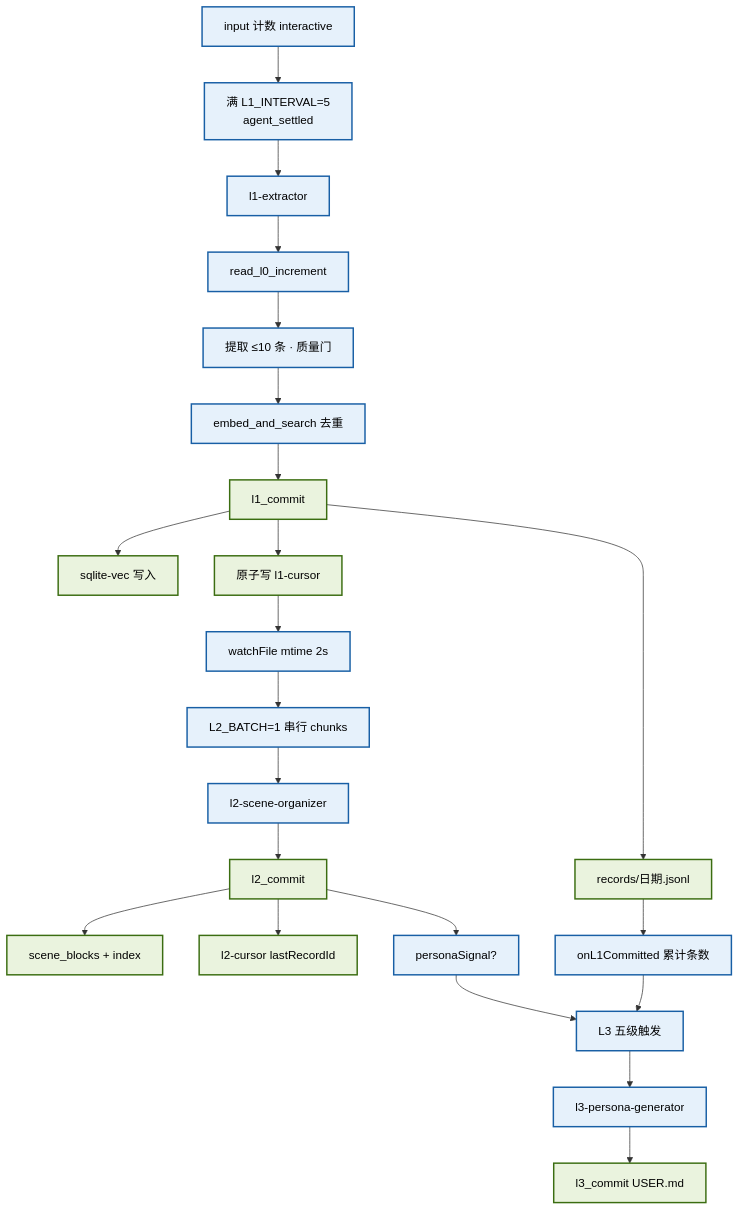
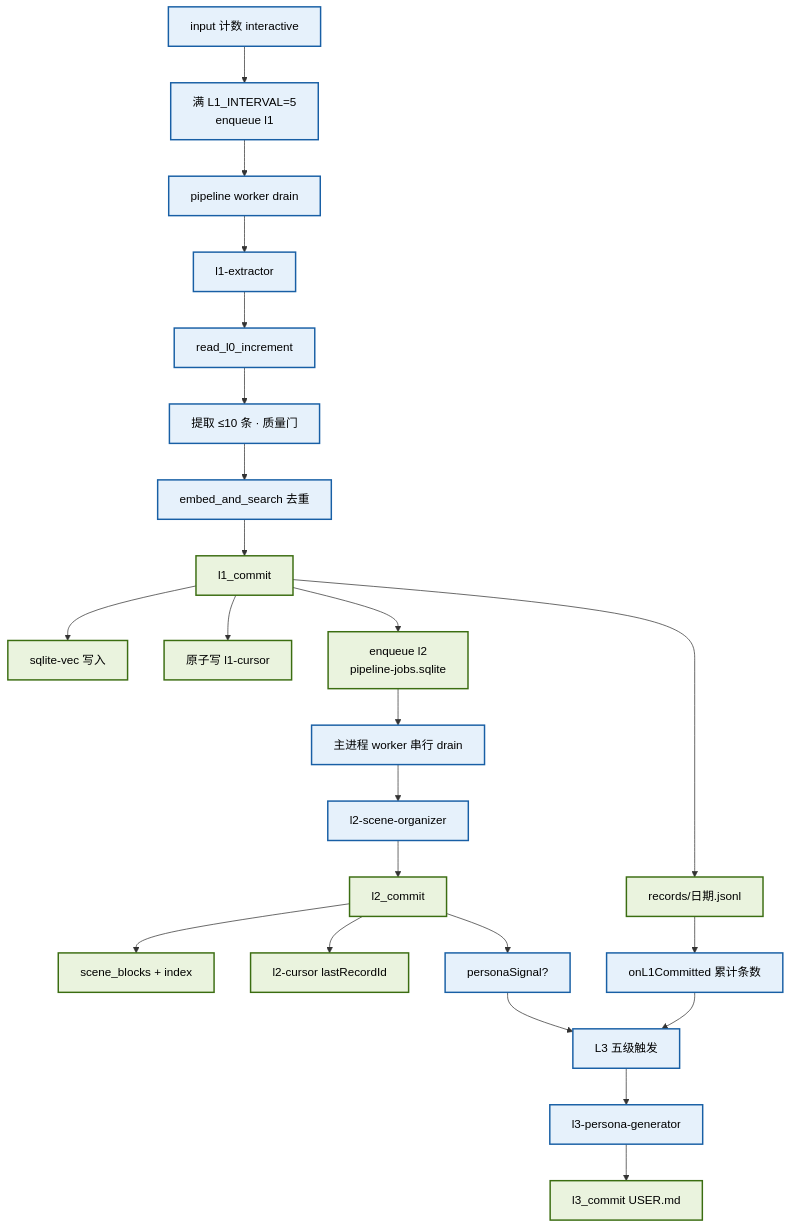
One commit to yinwenyuan28-afk/pi-memory-system changed the fifth of 7 diagrams in 记忆系统架构说明.md. Above: the diagram before and after it, drawn with Mermaid. The commit also changed other lines of this file and 8 other files, not shown here.

Commit message:
fix(memory-system): L1/L2 改用 sqlite 队列串行编排，消除 watchFile 抢跑与双触发

````diff
--- a/记忆系统架构说明.md
+++ b/记忆系统架构说明.md
@@ -262,32 +262,33 @@
 ```mermaid
 flowchart TD
     classDef blue fill:#E6F1FB,stroke:#185FA5,stroke-width:2px,color:#000
     classDef green fill:#EAF3DE,stroke:#3B6D11,stroke-width:2px,color:#000
 
     A["input 计数 interactive"]:::blue
-    A --> B["满 L1_INTERVAL=5<br/>agent_settled"]:::blue
-    B --> C["l1-extractor"]:::blue
+    A --> B["满 L1_INTERVAL=5<br/>enqueue l1"]:::blue
+    B --> C0["pipeline worker drain"]:::blue
+    C0 --> C["l1-extractor"]:::blue
     C --> D["read_l0_increment"]:::blue
     D --> E["提取 ≤10 条 · 质量门"]:::blue
     E --> F["embed_and_search 去重"]:::blue
     F --> G["l1_commit"]:::green
 
     G --> H["records/日期.jsonl"]:::green
     G --> I["sqlite-vec 写入"]:::green
     G --> J["原子写 l1-cursor"]:::green
 
-    J --> K["watchFile mtime 2s"]:::blue
-    K --> L["L2_BATCH=1 串行 chunks"]:::blue
+    G --> K["enqueue l2<br/>pipeline-jobs.sqlite"]:::green
+    K --> L["主进程 worker 串行 drain"]:::blue
     L --> M["l2-scene-organizer"]:::blue
     M --> N["l2_commit"]:::green
 
     N --> O["scene_blocks + index"]:::green
     N --> P["l2-cursor lastRecordId"]:::green
     N --> Q["personaSignal?"]:::blue
 
     H --> R["onL1Committed 累计条数"]:::blue
     Q --> S["L3 五级触发"]:::blue
     R --> S
     S --> T["l3-persona-generator"]:::blue
     T --> U["l3_commit USER.md"]:::green
 ```
````
